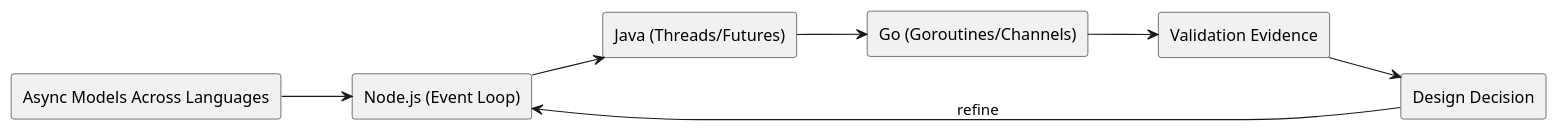
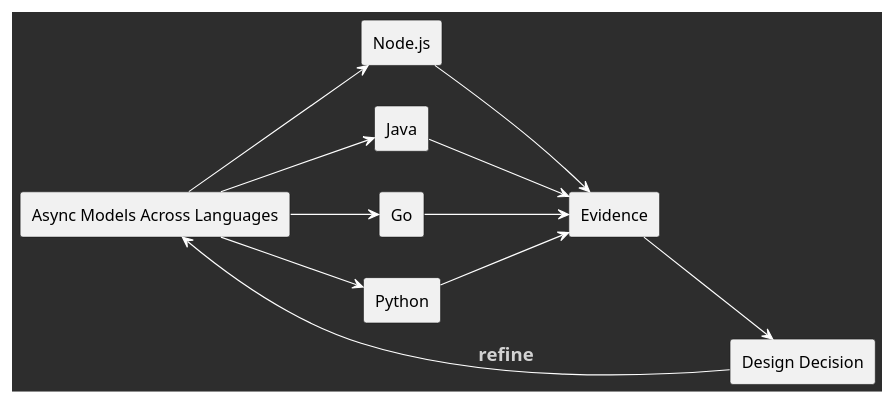
The first of 11 diagrams in doc/lectures/week9/async_models/README.slides.adoc (madajaju/CS5254), drawn with PlantUML before and after one commit. The commit also changed other lines of this file and 20 other files, not shown here.

```diff
--- a/doc/lectures/week9/async_models/README.slides.adoc
+++ b/doc/lectures/week9/async_models/README.slides.adoc
@@ -56,22 +5,36 @@
-[plantuml, target=architecture, format=svg, width=80%]
+[plantuml,width=100%]
 ----
 @startuml
 skinparam monochrome true
 skinparam shadowing false
+skinparam backgroundColor #123456
+skinparam defaultFontColor black
+skinparam ArrowColor white
+skinparam ArrowFontColor #ffd166
+skinparam ArrowFontStyle bold
+skinparam ArrowFontSize 16
+skinparam BoxBackgroundColor white
+skinparam BoxFontColor black
+skinparam BorderColor #123456
 left to right direction
 
 rectangle "Async Models Across Languages" as Topic
-rectangle "Node.js (Event Loop)" as A
-rectangle "Java (Threads/Futures)" as B
-rectangle "Go (Goroutines/Channels)" as C
-rectangle "Validation Evidence" as V
+rectangle "Node.js" as N
+rectangle "Java" as J
+rectangle "Go" as G
+rectangle "Python" as P
+rectangle "Evidence" as E
 rectangle "Design Decision" as D
 
-Topic --> A
-A --> B
-B --> C
-C --> V
-V --> D
-D --> A : refine
+Topic --> N
+Topic --> J
+Topic --> G
+Topic --> P
+N --> E
+J --> E
+G --> E
+P --> E
+E --> D
+D --> Topic : refine
 @enduml
 ----
```
